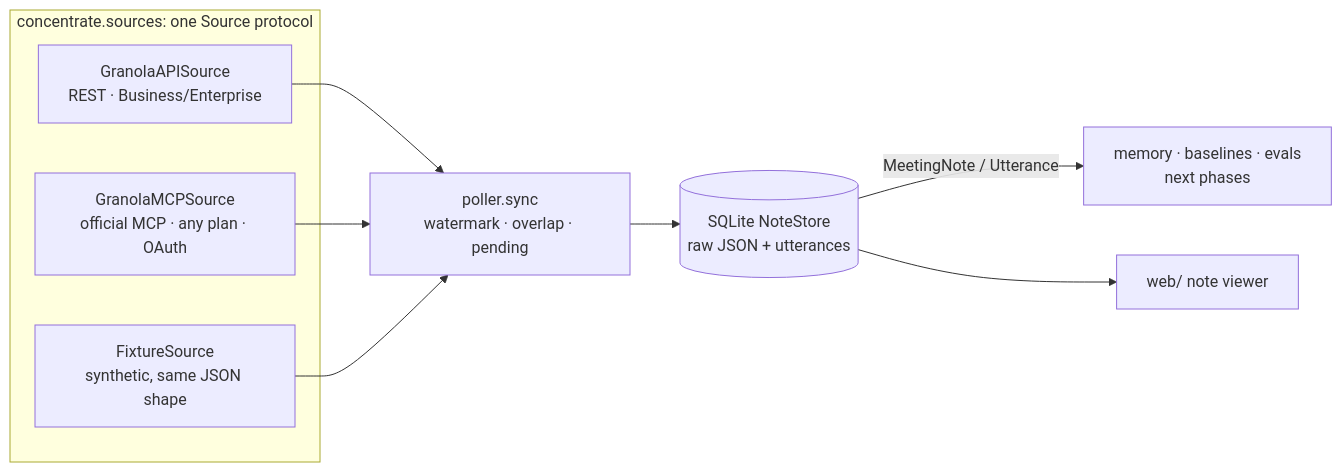
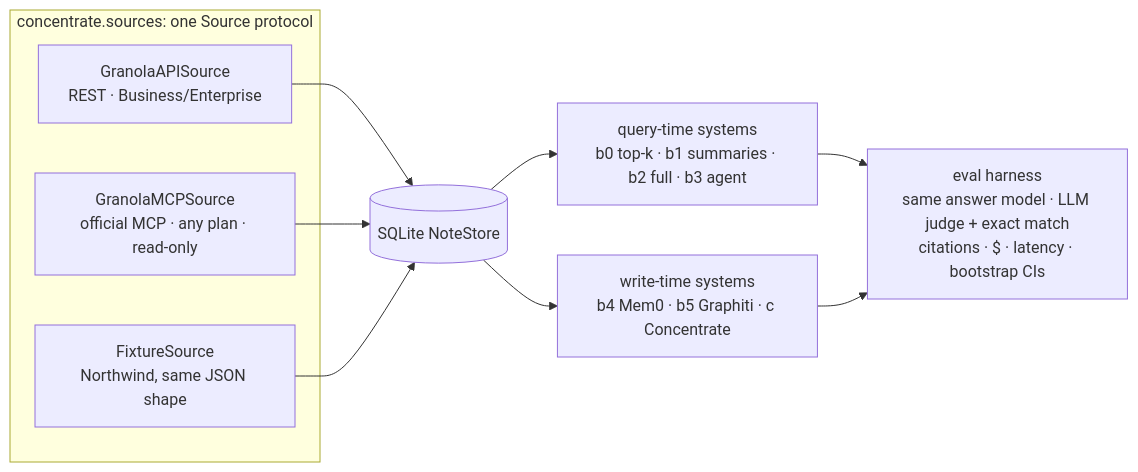
The diagram in README.md (KLKH7/TENOR), drawn with Mermaid before and after one commit. The commit also changed other lines of this file and 2 other files, not shown here.

Commit message:
Reframe around the open meeting-memory benchmark; add benchmark card

````diff
--- a/README.md
+++ b/README.md
@@ -29,14 +51,15 @@
 ```mermaid
 flowchart LR
   subgraph sources [concentrate.sources: one Source protocol]
     API[GranolaAPISource<br/>REST · Business/Enterprise]
-    MCP[GranolaMCPSource<br/>official MCP · any plan · OAuth]
-    FX[FixtureSource<br/>synthetic, same JSON shape]
+    MCP[GranolaMCPSource<br/>official MCP · any plan · read-only]
+    FX[FixtureSource<br/>Northwind, same JSON shape]
   end
-  API --> SYNC
-  MCP --> SYNC
-  FX --> SYNC
-  SYNC[poller.sync<br/>watermark · overlap · pending] --> STORE[(SQLite NoteStore<br/>raw JSON + utterances)]
-  STORE -- MeetingNote / Utterance --> NEXT[memory · baselines · evals<br/>next phases]
-  STORE --> WEB[web/ note viewer]
+  API --> STORE
+  MCP --> STORE
+  FX --> STORE
+  STORE[(SQLite NoteStore)] --> QT[query-time systems<br/>b0 top-k · b1 summaries · b2 full · b3 agent]
+  STORE --> WT[write-time systems<br/>b4 Mem0 · b5 Graphiti · c Concentrate]
+  QT --> H[eval harness<br/>same answer model · LLM judge + exact match<br/>citations · $ · latency · bootstrap CIs]
+  WT --> H
 ```
````
